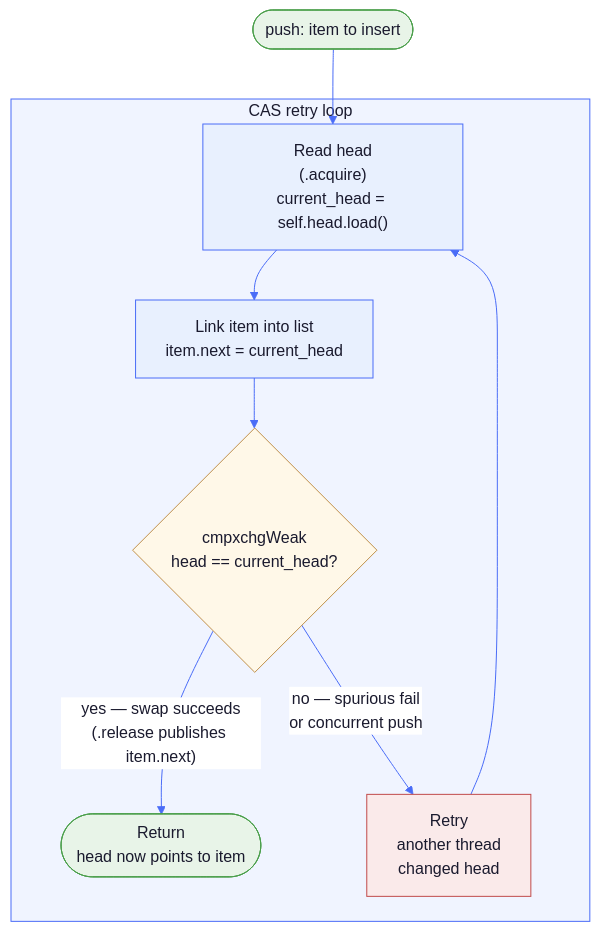
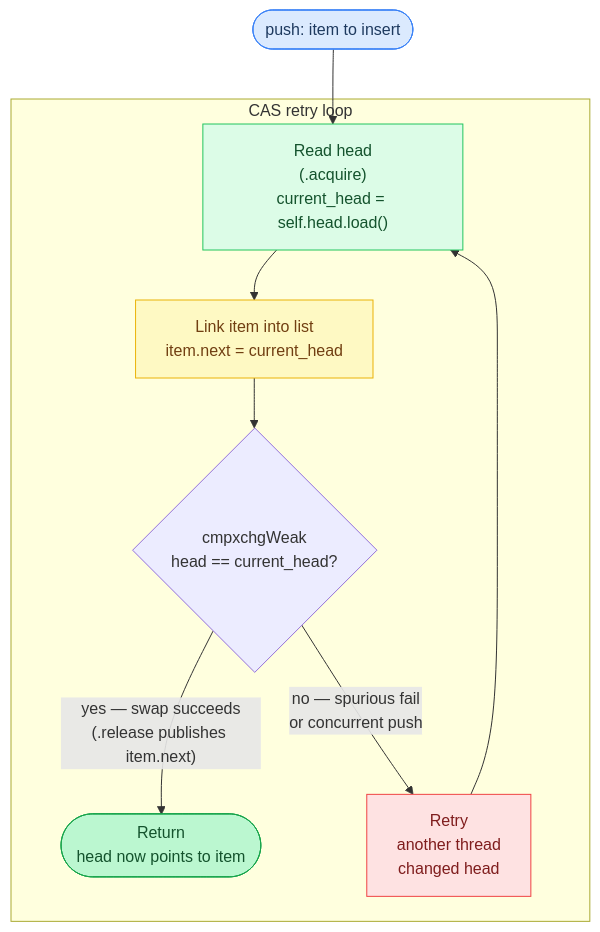
The sixth of 6 diagrams in docs/tutorial/appendix-atomics.md (maci0/agave), drawn with Mermaid before and after one commit. The commit also changed other lines of this file and 24 other files, not shown here.

First line of the commit message:
docs: convert all mermaid diagrams to classDef semantic colors

````diff
--- a/docs/tutorial/appendix-atomics.md
+++ b/docs/tutorial/appendix-atomics.md
@@ -494,39 +467,26 @@
 ```mermaid
-%%{init: {'theme': 'base', 'themeVariables': {
-  'primaryColor': '#e8f0fe',
-  'primaryTextColor': '#1a1a2e',
-  'primaryBorderColor': '#4a6cf7',
-  'lineColor': '#4a6cf7',
-  'secondaryColor': '#f0f4ff',
-  'tertiaryColor': '#f8f9ff',
-  'edgeLabelBackground': '#ffffff',
-  'clusterBkg': '#f0f4ff',
-  'clusterBorder': '#4a6cf7',
-  'titleColor': '#1a1a2e',
-  'nodeTextColor': '#1a1a2e',
-  'fontFamily': 'ui-monospace, SFMono-Regular, monospace'
-}}}%%
 flowchart TD
-    Start([push: item to insert])
+    classDef setup     fill:#dbeafe,stroke:#3b82f6,color:#1e3a5f
+    classDef sync      fill:#dcfce7,stroke:#22c55e,color:#14532d
+    classDef migration fill:#fef9c3,stroke:#eab308,color:#713f12
+    classDef success   fill:#bbf7d0,stroke:#16a34a,color:#14532d
+    classDef danger    fill:#fee2e2,stroke:#ef4444,color:#7f1d1d
+    classDef optional  fill:#f3e8ff,stroke:#9333ea,color:#581c87
+
+    Start(["push: item to insert"]):::setup
 
     subgraph RetryLoop["CAS retry loop"]
-        Read["Read head\n(.acquire)\ncurrent_head = self.head.load()"]
-        Link["Link item into list\nitem.next = current_head"]
+        Read["Read head\n(.acquire)\ncurrent_head = self.head.load()"]:::sync
+        Link["Link item into list\nitem.next = current_head"]:::migration
         CAS{"cmpxchgWeak\nhead == current_head?"}
-        Success(["Return\nhead now points to item"])
-        Retry["Retry\nanother thread\nchanged head"]
+        Success(["Return\nhead now points to item"]):::success
+        Retry["Retry\nanother thread\nchanged head"]:::danger
     end
 
     Start --> Read
     Read --> Link
     Link --> CAS
     CAS -->|"yes — swap succeeds\n(.release publishes item.next)"| Success
     CAS -->|"no — spurious fail\nor concurrent push"| Retry
     Retry --> Read
-
-    style Start fill:#e8f4e8,stroke:#4a9e4a
-    style Success fill:#e8f4e8,stroke:#4a9e4a
-    style CAS fill:#fff8e8,stroke:#c0904a
-    style Retry fill:#faeaea,stroke:#c04a4a
-    style RetryLoop fill:#f0f4ff,stroke:#4a6cf7
 ```
````
